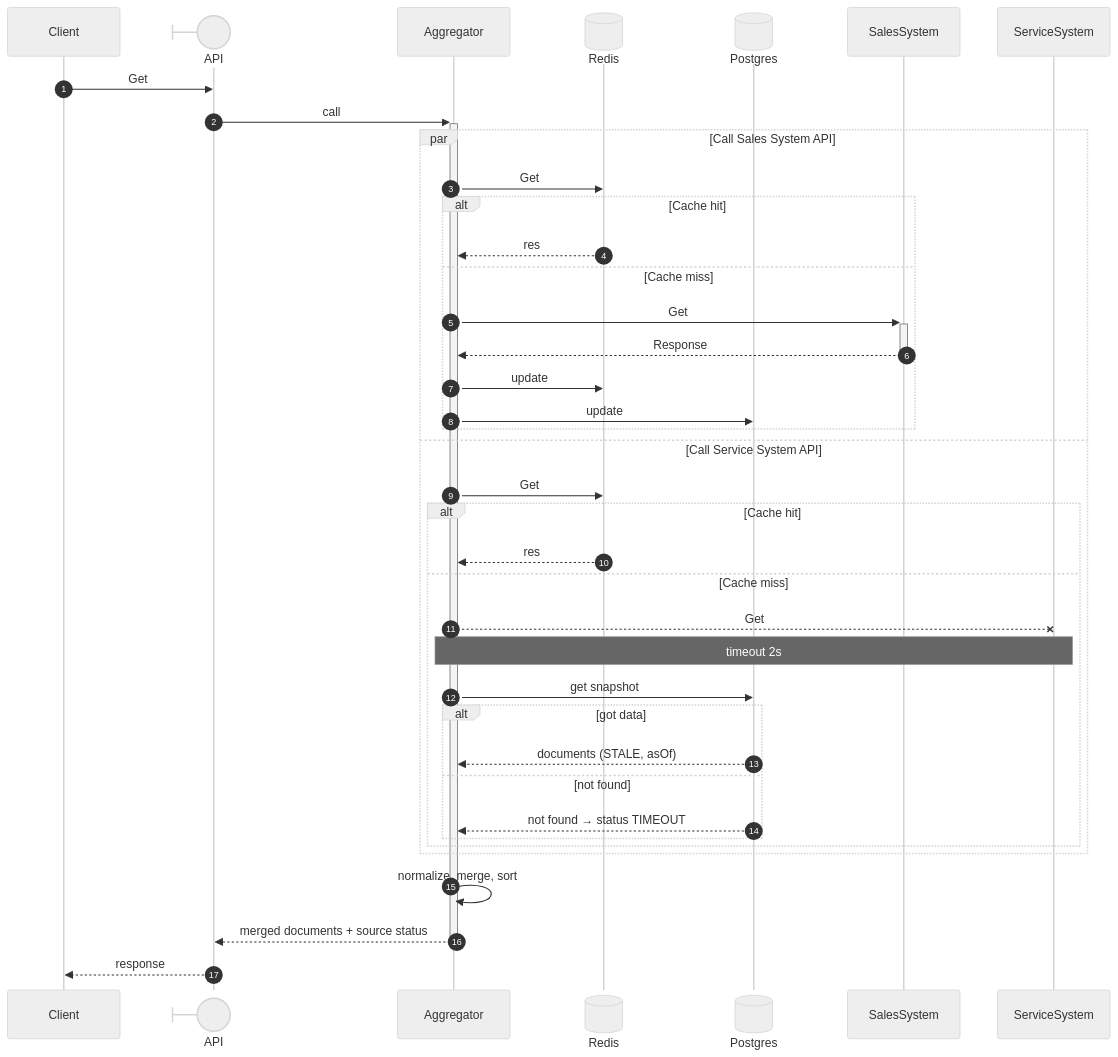
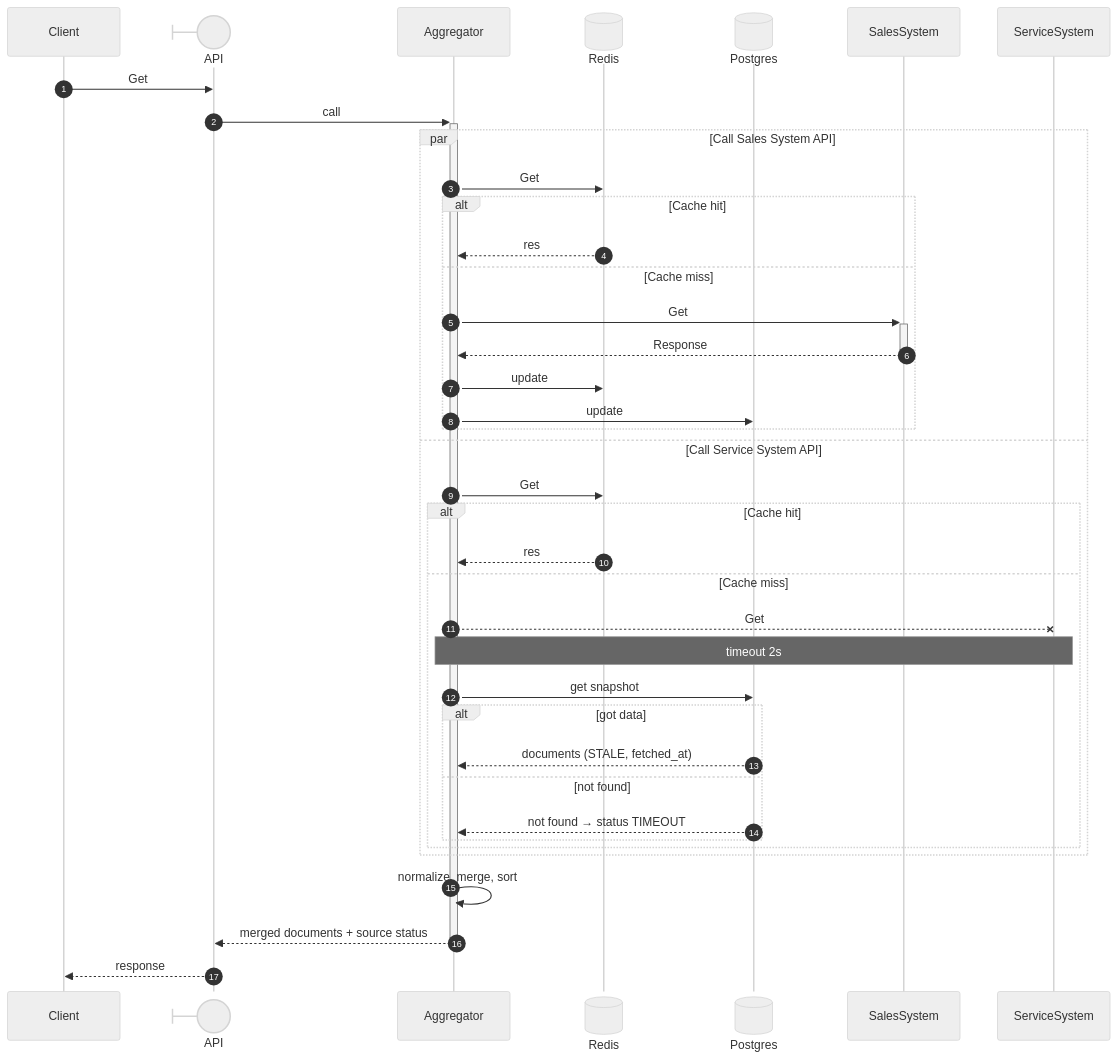
The second of 2 diagrams in docs/architecture.md (mtuan8820/unified-document-viewer), drawn with Mermaid (neutral theme) before and after one commit. The commit also changed 3 other files, not shown here.

````diff
--- a/docs/architecture.md
+++ b/docs/architecture.md
@@ -35,52 +35,52 @@
 ```mermaid
 ---
 config:
   sequence:
     messageMargin: 60
 ---
 sequenceDiagram
     autonumber
     participant C as Client
     participant A@{ "type": "boundary", "alias": "API" }
     participant Agg as Aggregator
     participant Redis@{"type":"database"}
     participant DB@{"type":"database", "alias":"Postgres"}
     participant Ex1 as SalesSystem
     participant Ex2 as ServiceSystem
     C->>A: Get
     A->>+Agg: call
     par Call Sales System API 
         Agg->>Redis: Get
         alt Cache hit
           Redis-->>Agg: res
         else Cache miss
           Agg->>+Ex1: Get
           Ex1-->> Agg: Response
           deactivate Ex1
           Agg->>Redis: update
           Agg->>DB: update
         end
         
         
     and Call Service System API
 				Agg->>Redis: Get
         alt Cache hit
           Redis-->>Agg: res
         else Cache miss
           Agg--xEx2: Get
           Note over Agg,Ex2: timeout 2s
           Agg->>DB: get snapshot
           alt got data
-	          DB-->>Agg: documents (STALE, asOf)
+	          DB-->>Agg: documents (STALE, fetched_at)
           else not found
 	          DB-->>Agg: not found → status TIMEOUT
           end
                     
         end
     end
 
 
 		Agg->>Agg: normalize, merge, sort
     Agg-->>-A: merged documents + source status
     A-->>C: response
 ```
````
